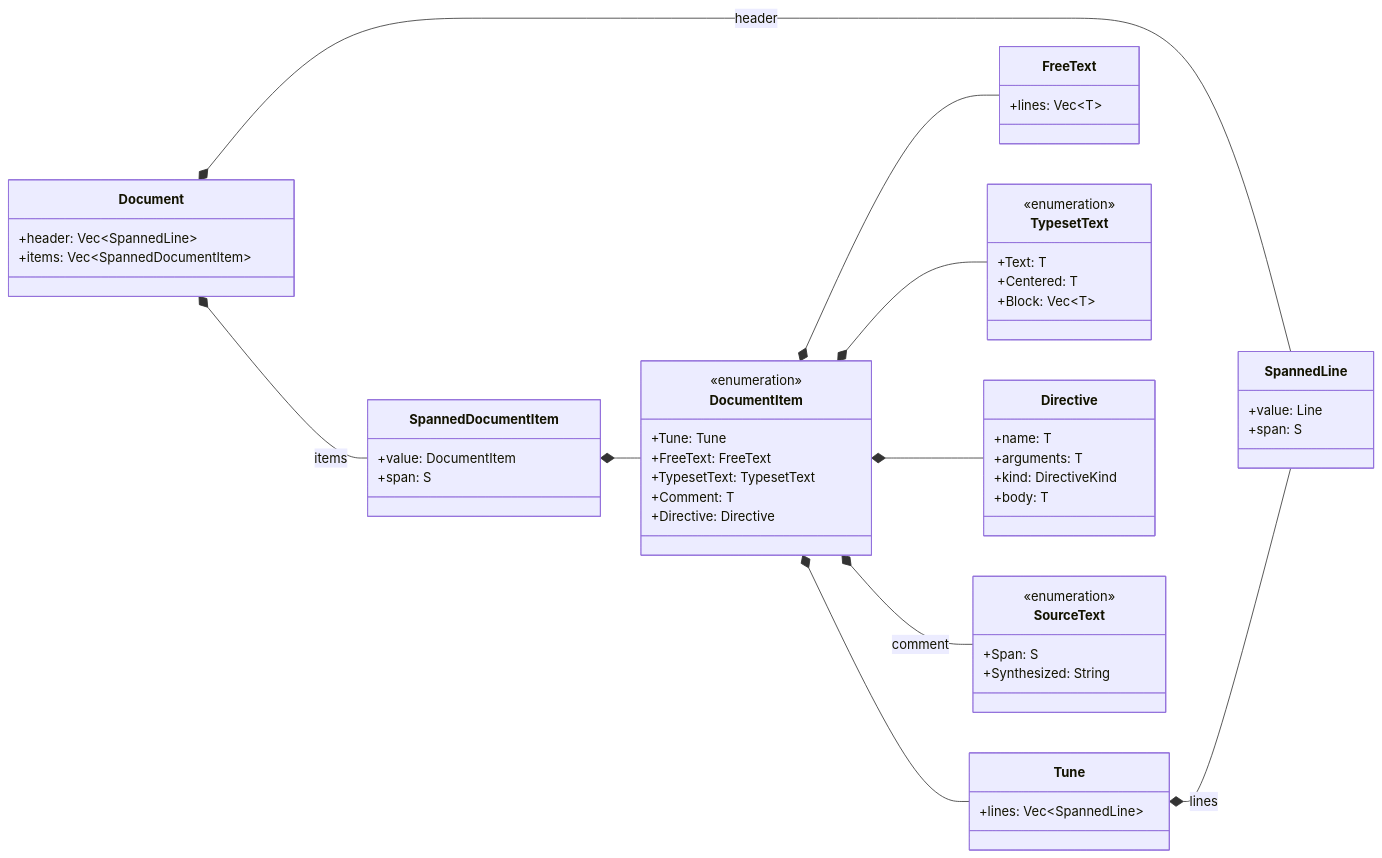
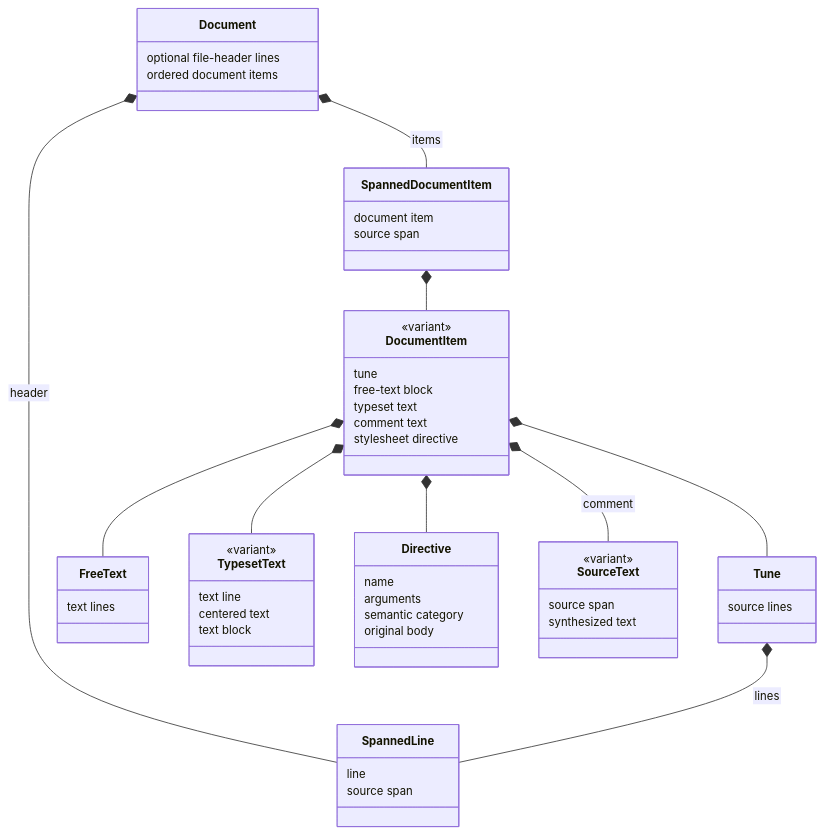
Before and after one commit to mauricebarnum/abc-parser: the fourth of 8 diagrams in docs/architecture.md, drawn with Mermaid. The commit also changed other lines of this file, not shown here.

First line of the commit message:
Refine architecture diagram readability

````diff
--- a/docs/architecture.md
+++ b/docs/architecture.md
@@ -256,56 +279,64 @@
 ```mermaid
+---
+config:
+  htmlLabels: false
+  themeVariables:
+    fontSize: 14px
+  flowchart:
+    nodeSpacing: 0
+---
 classDiagram
-    direction LR
+    direction TB
     class Document {
-        +header: Vec~SpannedLine~
-        +items: Vec~SpannedDocumentItem~
+        optional file-header lines
+        ordered document items
     }
     class SpannedDocumentItem {
-        +value: DocumentItem
-        +span: S
+        document item
+        source span
     }
     class DocumentItem {
-        <<enumeration>>
-        +Tune: Tune
-        +FreeText: FreeText
-        +TypesetText: TypesetText
-        +Comment: T
-        +Directive: Directive
+        <<variant>>
+        tune
+        free-text block
+        typeset text
+        comment text
+        stylesheet directive
     }
     class Tune {
-        +lines: Vec~SpannedLine~
+        source lines
     }
     class FreeText {
-        +lines: Vec~T~
+        text lines
     }
     class TypesetText {
-        <<enumeration>>
-        +Text: T
-        +Centered: T
-        +Block: Vec~T~
+        <<variant>>
+        text line
+        centered text
+        text block
     }
     class Directive {
-        +name: T
-        +arguments: T
-        +kind: DirectiveKind
-        +body: T
+        name
+        arguments
+        semantic category
+        original body
     }
     class SourceText {
-        <<enumeration>>
-        +Span: S
-        +Synthesized: String
+        <<variant>>
+        source span
+        synthesized text
     }
     class SpannedLine {
-        +value: Line
-        +span: S
+        line
+        source span
     }
     Document *-- SpannedDocumentItem : items
     SpannedDocumentItem *-- DocumentItem
     DocumentItem *-- Tune
     DocumentItem *-- FreeText
     DocumentItem *-- TypesetText
     DocumentItem *-- Directive
     DocumentItem *-- SourceText : comment
     Document *-- SpannedLine : header
     Tune *-- SpannedLine : lines
 ```
````
